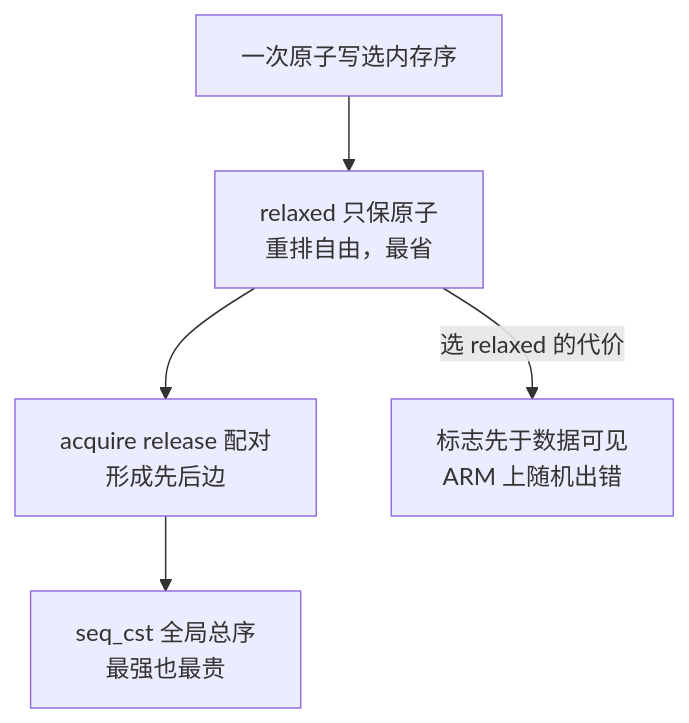
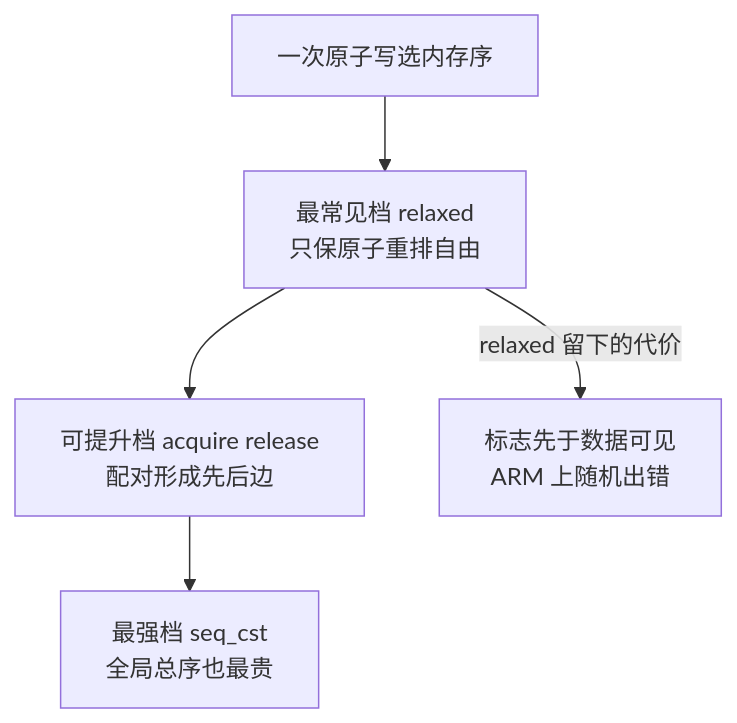
One commit to hub138/technical-knowledge changed the second of 3 diagrams in vault/工程知识/性能工程：从用户等待到资源瓶颈/处理器与内存/无锁数据结构的证据门槛：CAS与内存序.md. Above: the diagram before and after it, drawn with Mermaid. The commit also changed other lines of this file and 3 other files, not shown here.

Commit message:
配图：第二批 10 篇插图（1 篇 Istio 官方架构图＋9 篇自绘），截图验收与审计全过

````diff
--- a/vault/工程知识/性能工程：从用户等待到资源瓶颈/处理器与内存/无锁数据结构的证据门槛：CAS与内存序.md
+++ b/vault/工程知识/性能工程：从用户等待到资源瓶颈/处理器与内存/无锁数据结构的证据门槛：CAS与内存序.md
@@ -48,7 +48,7 @@
 ```mermaid
 graph TD
-    A["一次原子写选内存序"] --> B["relaxed 只保原子<br/>重排自由，最省"]
-    B --> C["acquire release 配对<br/>形成先后边"]
-    C --> D["seq_cst 全局总序<br/>最强也最贵"]
-    B -->|选 relaxed 的代价| E["标志先于数据可见<br/>ARM 上随机出错"]
+    A["一次原子写选内存序"] --> B["最常见档 relaxed<br/>只保原子重排自由"]
+    B --> C["可提升档 acquire release<br/>配对形成先后边"]
+    C --> D["最强档 seq_cst<br/>全局总序也最贵"]
+    B -->|relaxed 留下的代价| E["标志先于数据可见<br/>ARM 上随机出错"]
 ```
````
